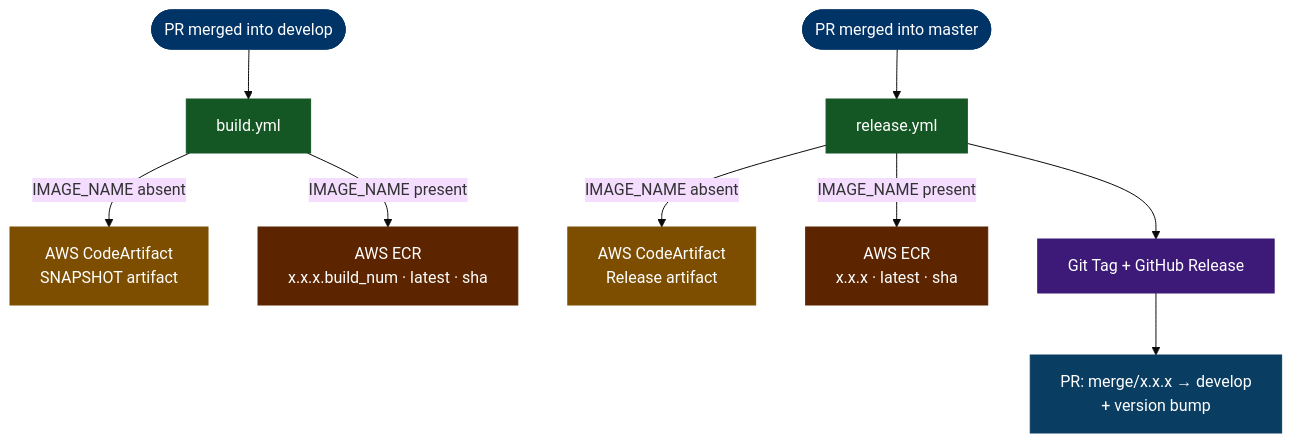
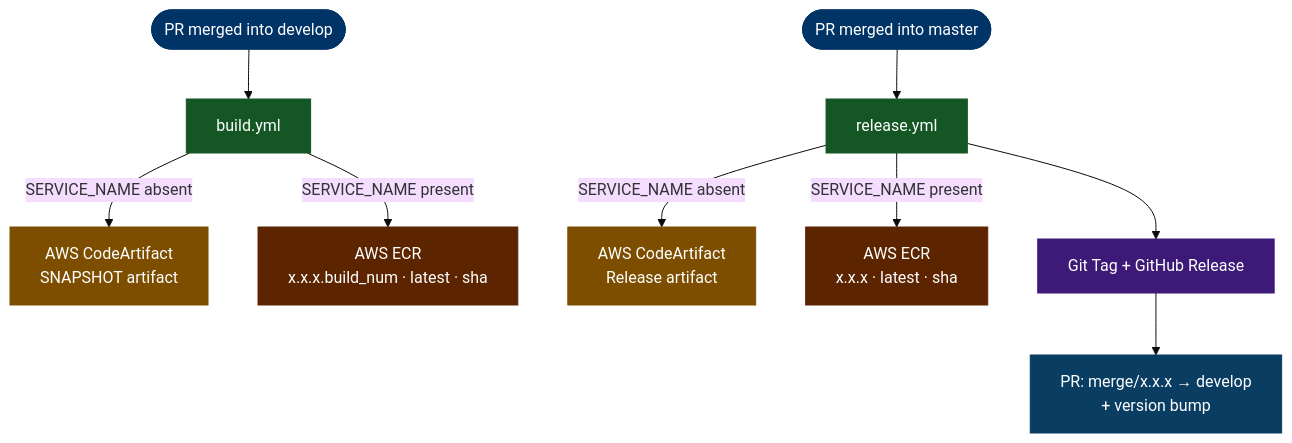
The second of 2 diagrams in README.md (awesomaticza/github-workflows), drawn with Mermaid (base theme) before and after one commit. The commit also changed other lines of this file and 17 other files, not shown here.

````diff
--- a/README.md
+++ b/README.md
@@ -39,30 +48,30 @@
 ```mermaid
 flowchart TD
     DEV_PR([PR merged into develop])
     MASTER_PR([PR merged into master])
 
     DEV_PR --> BUILD["build.yml"]
     MASTER_PR --> RELEASE["release.yml"]
 
-    BUILD -- "IMAGE_NAME absent" --> CA_S["AWS CodeArtifact<br/>SNAPSHOT artifact"]
-    BUILD -- "IMAGE_NAME present" --> ECR_B["AWS ECR<br/>x.x.x.build_num · latest · sha"]
+    BUILD -- "SERVICE_NAME absent" --> CA_S["AWS CodeArtifact<br/>SNAPSHOT artifact"]
+    BUILD -- "SERVICE_NAME present" --> ECR_B["AWS ECR<br/>x.x.x.build_num · latest · sha"]
 
-    RELEASE -- "IMAGE_NAME absent" --> CA_R["AWS CodeArtifact<br/>Release artifact"]
-    RELEASE -- "IMAGE_NAME present" --> ECR_R["AWS ECR<br/>x.x.x · latest · sha"]
+    RELEASE -- "SERVICE_NAME absent" --> CA_R["AWS CodeArtifact<br/>Release artifact"]
+    RELEASE -- "SERVICE_NAME present" --> ECR_R["AWS ECR<br/>x.x.x · latest · sha"]
     RELEASE --> TAG["Git Tag + GitHub Release"]
     TAG --> M2D["PR: merge/x.x.x → develop<br/>+ version bump"]
 
     classDef trigger fill:#003366,stroke:#003366,color:#ffffff
     classDef workflow fill:#155724,stroke:#155724,color:#ffffff
     classDef codeartifact fill:#7d4e00,stroke:#7d4e00,color:#ffffff
     classDef ecr fill:#5c2500,stroke:#5c2500,color:#ffffff
     classDef gitop fill:#3d1a78,stroke:#3d1a78,color:#ffffff
     classDef mergeback fill:#0a3d62,stroke:#0a3d62,color:#ffffff
 
     class DEV_PR,MASTER_PR trigger
     class BUILD,RELEASE workflow
     class CA_S,CA_R codeartifact
     class ECR_B,ECR_R ecr
     class TAG gitop
     class M2D mergeback
 ```
````
